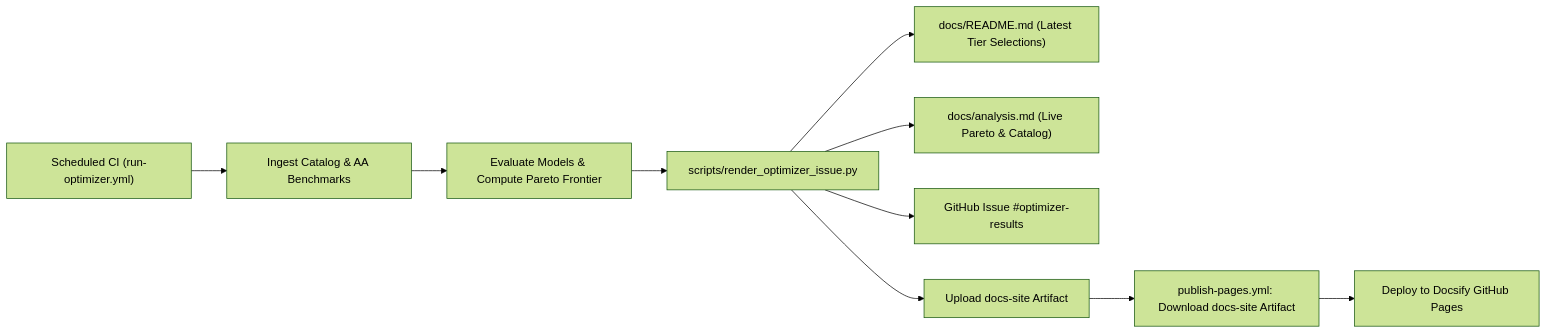
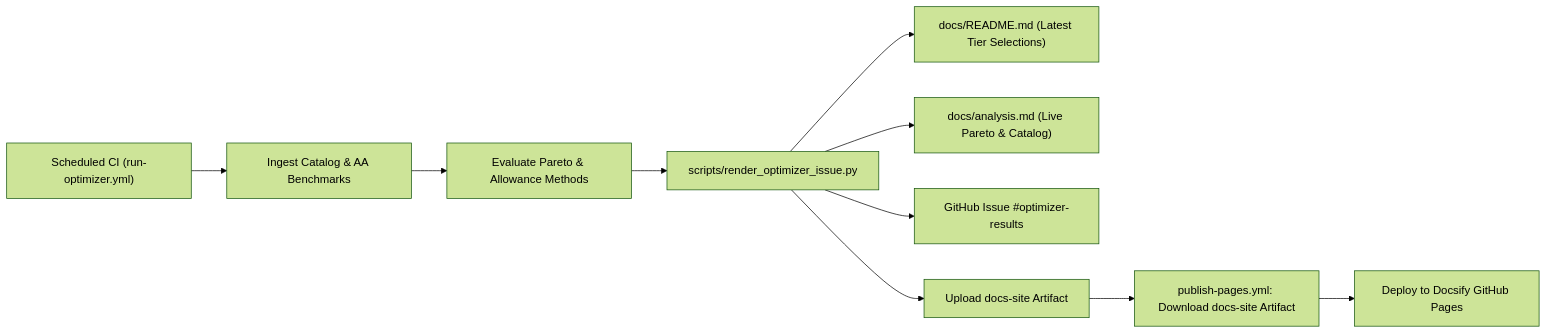
Before and after one commit to dbensmith/opencode-go-model-optimizer: the diagram in docs/README.md, drawn with Mermaid (forest theme). The commit also changed other lines of this file and 8 other files, not shown here.

````diff
--- a/docs/README.md
+++ b/docs/README.md
@@ -5,12 +5,12 @@
 ```mermaid
 flowchart LR
     CI["Scheduled CI (run-optimizer.yml)"] --> FETCH["Ingest Catalog & AA Benchmarks"]
-    FETCH --> OPT["Evaluate Models & Compute Pareto Frontier"]
+    FETCH --> OPT["Evaluate Pareto & Allowance Methods"]
     OPT --> RENDER["scripts/render_optimizer_issue.py"]
     RENDER --> TIERS["docs/README.md (Latest Tier Selections)"]
     RENDER --> CHARTS["docs/analysis.md (Live Pareto & Catalog)"]
     RENDER --> ISSUE["GitHub Issue #optimizer-results"]
     RENDER --> ARTIFACT["Upload docs-site Artifact"]
     ARTIFACT --> DOWNLOAD["publish-pages.yml: Download docs-site Artifact"]
     DOWNLOAD --> PAGES["Deploy to Docsify GitHub Pages"]
 ```
````
